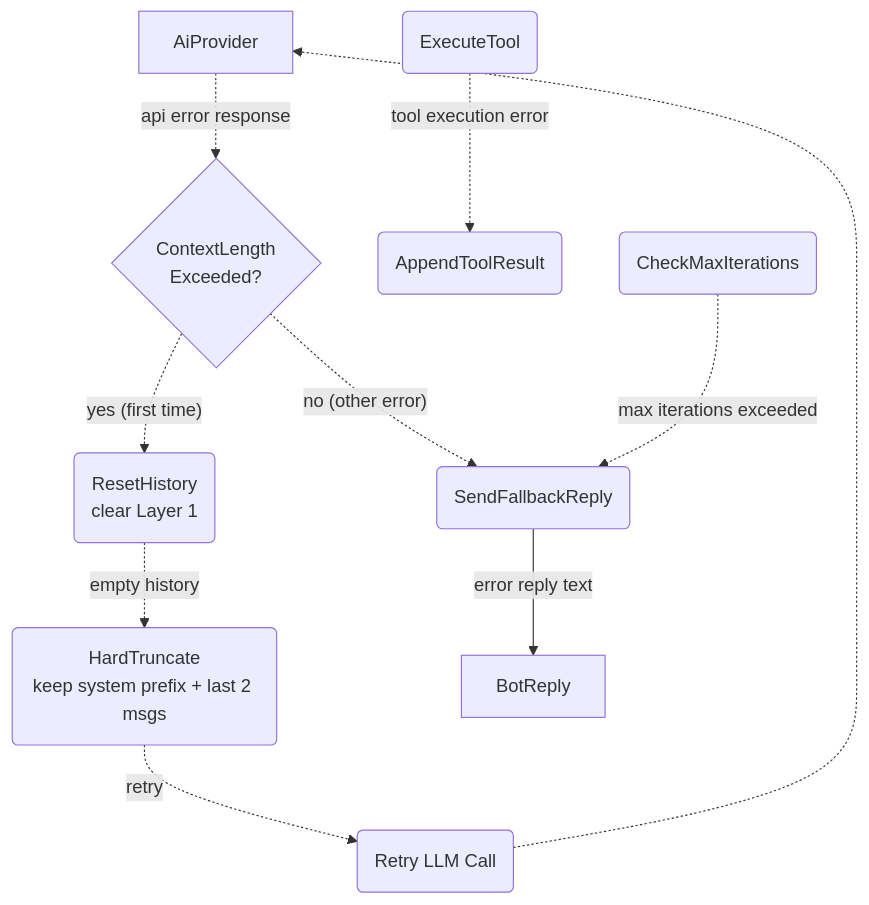
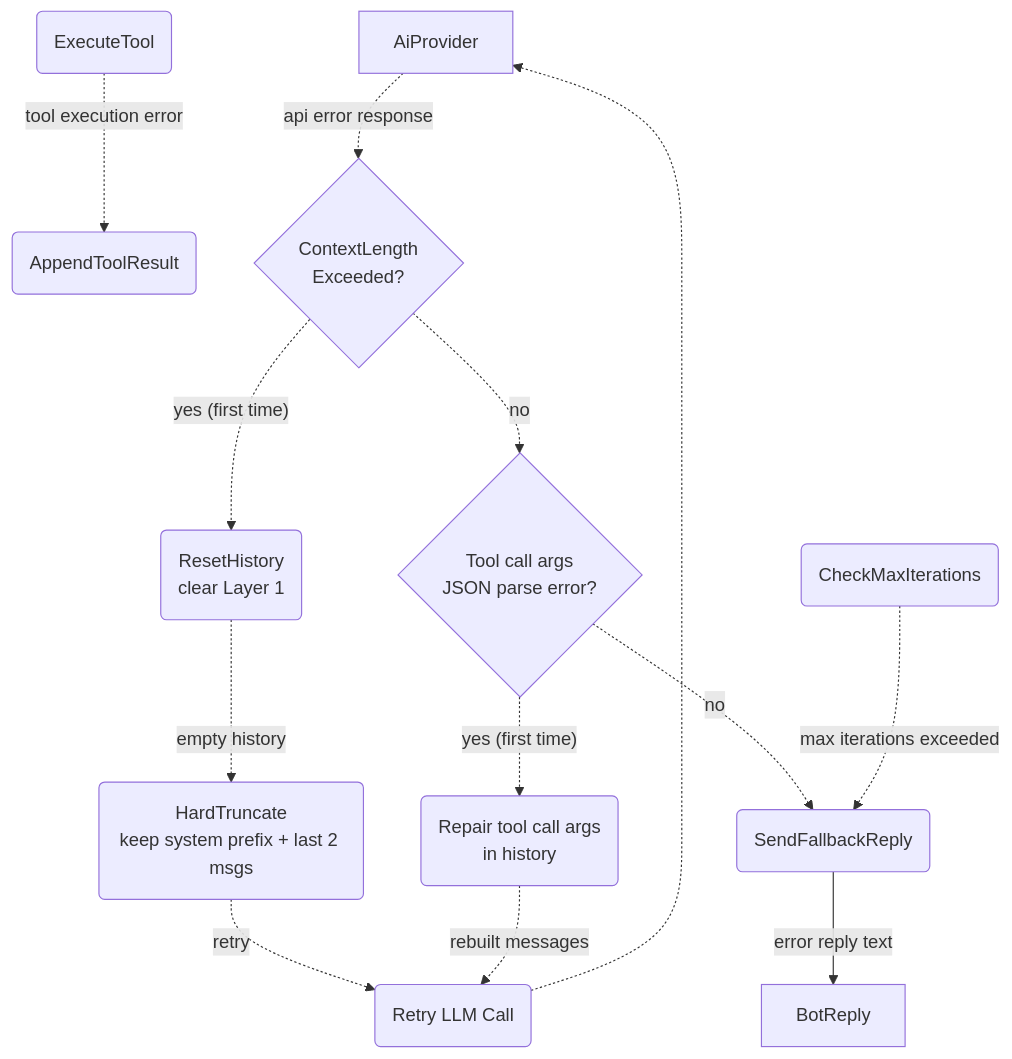
One commit to cosmoswafer/rockbot changed the second of 11 diagrams in _dfd/agent/agent-harness.md. Above: the diagram before and after it, drawn with Mermaid. The commit also changed other lines of this file and 9 other files, not shown here.

````diff
--- a/_dfd/agent/agent-harness.md
+++ b/_dfd/agent/agent-harness.md
@@ -85,23 +85,28 @@
 ```mermaid
 flowchart TD
     AI[AiProvider]
     TOOL_EXEC(ExecuteTool)
     LOOP_LIMIT(CheckMaxIterations)
     APPEND(AppendToolResult)
     FALLBACK(SendFallbackReply)
     CHECK{ContextLength<br/>Exceeded?}
     RESET(ResetHistory<br/>clear Layer 1)
     REBUILD(HardTruncate<br/>keep system prefix + last 2 msgs)
     RETRY(Retry LLM Call)
+    PARSE_ERR{Tool call args<br/>JSON parse error?}
+    REPAIR(Repair tool call args<br/>in history)
     REPLY[BotReply]
 
     AI -.->|"api error response"| CHECK
     CHECK -.->|"yes (first time)"| RESET
-    CHECK -.->|"no (other error)"| FALLBACK
+    CHECK -.->|"no"| PARSE_ERR
+    PARSE_ERR -.->|"yes (first time)"| REPAIR
+    PARSE_ERR -.->|"no"| FALLBACK
     RESET -.->|"empty history"| REBUILD
     REBUILD -.->|"retry"| RETRY
+    REPAIR -.->|"rebuilt messages"| RETRY
     RETRY -.-> AI
     TOOL_EXEC -.->|"tool execution error"| APPEND
     LOOP_LIMIT -.->|"max iterations exceeded"| FALLBACK
     FALLBACK -->|"error reply text"| REPLY
 ```
````
